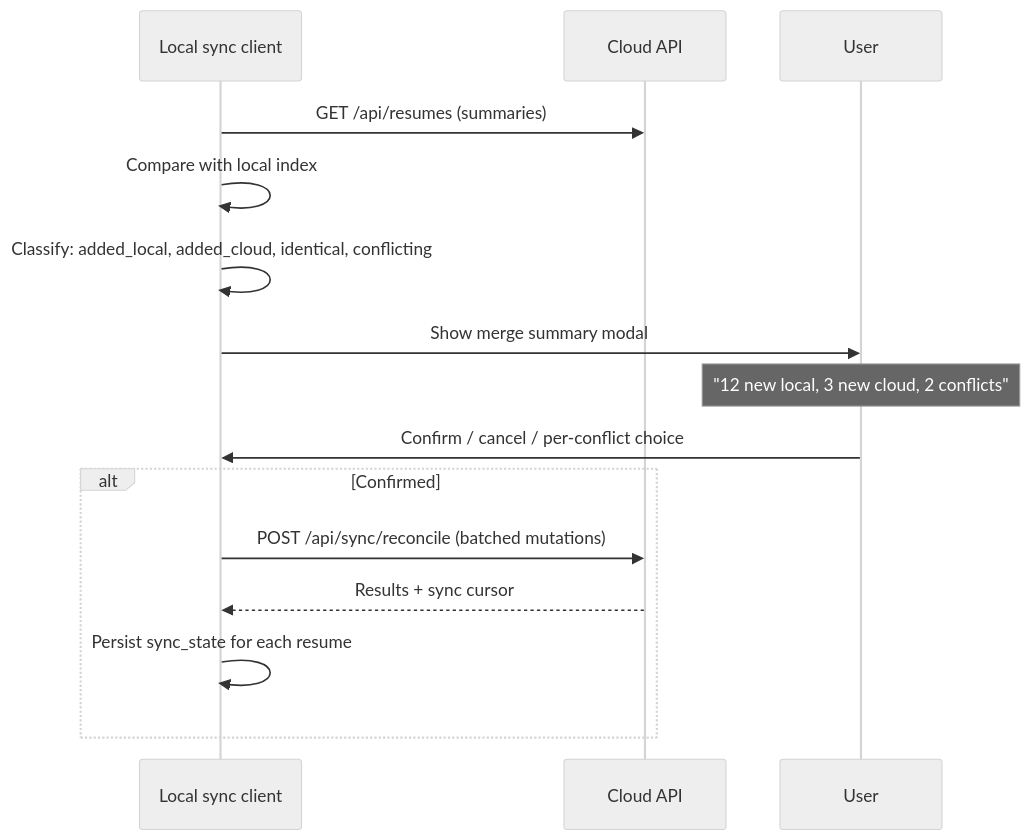
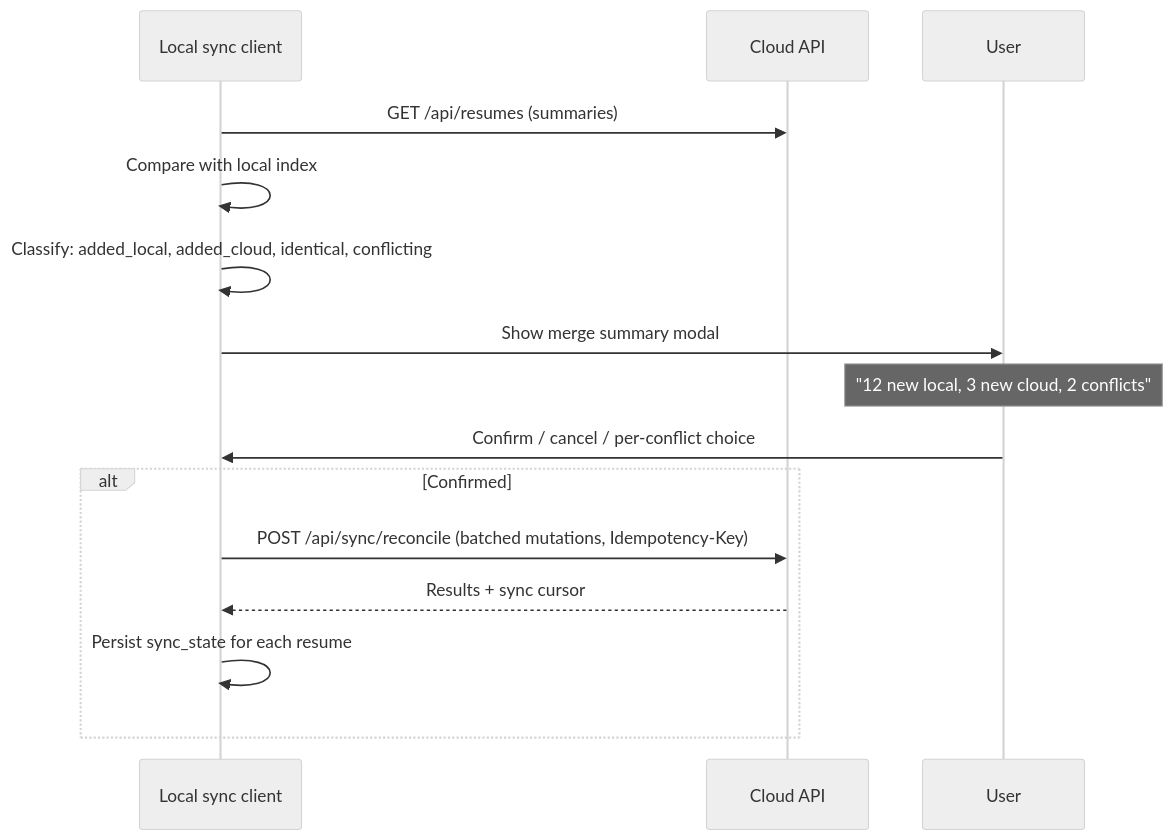
The second of 3 diagrams in docs/rfc/0001-local-cloud-linking.md (lgtm-hq/Rustume), drawn with Mermaid (neutral theme) before and after one commit. The commit also changed other lines of this file and 1 other file, not shown here.

First line of the commit message:
docs(rfc): address review feedback on linking architecture

````diff
--- a/docs/rfc/0001-local-cloud-linking.md
+++ b/docs/rfc/0001-local-cloud-linking.md
@@ -272,18 +301,18 @@
 ```mermaid
 sequenceDiagram
     participant LC as Local sync client
     participant CC as Cloud API
     participant U as User
 
     LC->>CC: GET /api/resumes (summaries)
     LC->>LC: Compare with local index
     LC->>LC: Classify: added_local, added_cloud, identical, conflicting
     LC->>U: Show merge summary modal
     Note over U: "12 new local, 3 new cloud, 2 conflicts"
     U->>LC: Confirm / cancel / per-conflict choice
     alt Confirmed
-        LC->>CC: POST /api/sync/reconcile (batched mutations)
+        LC->>CC: POST /api/sync/reconcile (batched mutations, Idempotency-Key)
         CC-->>LC: Results + sync cursor
         LC->>LC: Persist sync_state for each resume
     end
 ```
````
